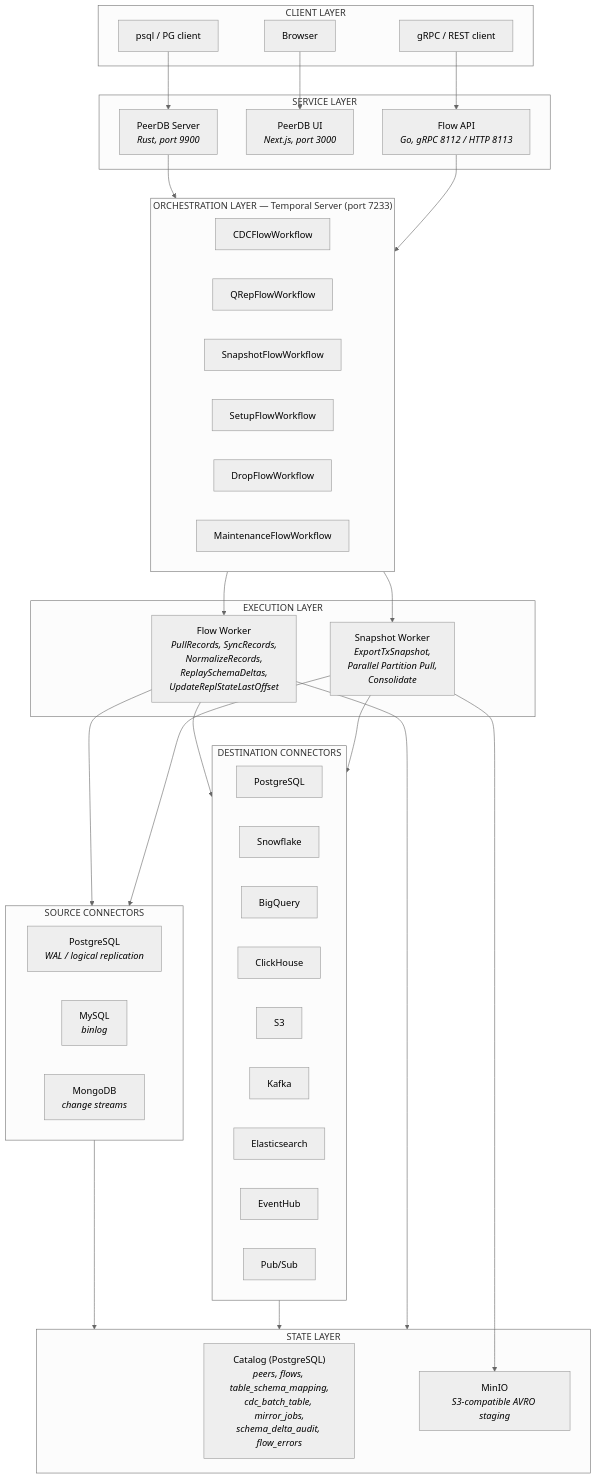
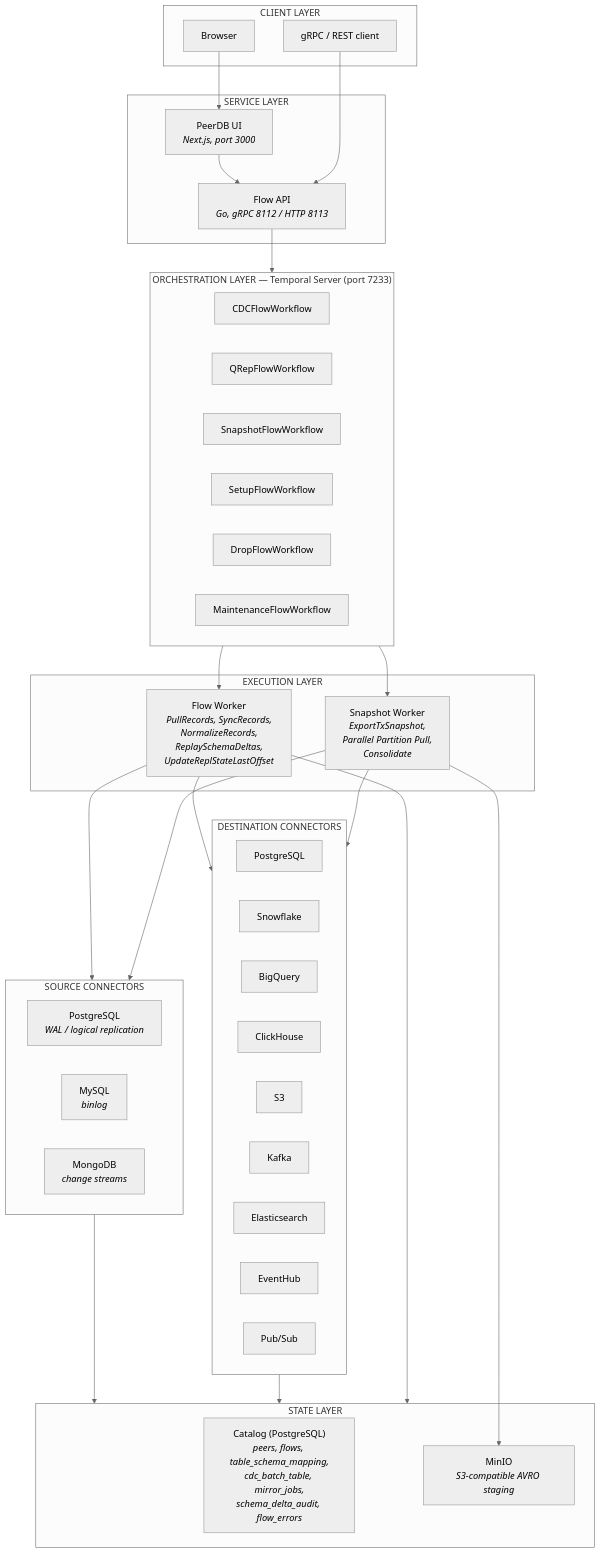
Before and after one commit to PeerDB-io/peerdb: the first of 6 diagrams in docs/peerdb-architecture.md, drawn with Mermaid (neutral theme). The commit also changed other lines of this file and 88 other files, not shown here.

First line of the commit message:
Remove nexus (Rust PeerDB server)

````diff
--- a/docs/peerdb-architecture.md
+++ b/docs/peerdb-architecture.md
@@ -18,67 +18,64 @@
 ```mermaid
 graph TB
     subgraph CLIENT["CLIENT LAYER"]
-        psql["psql / PG client"]
         browser["Browser"]
         grpc_client["gRPC / REST client"]
     end
 
     subgraph SERVICES["SERVICE LAYER"]
-        nexus["PeerDB Server<br/><i>Rust, port 9900</i>"]
         ui["PeerDB UI<br/><i>Next.js, port 3000</i>"]
         api["Flow API<br/><i>Go, gRPC 8112 / HTTP 8113</i>"]
     end
 
     subgraph ORCHESTRATION["ORCHESTRATION LAYER — Temporal Server (port 7233)"]
         cdc_wf["CDCFlowWorkflow"]
         qrep_wf["QRepFlowWorkflow"]
         snapshot_wf["SnapshotFlowWorkflow"]
         setup_wf["SetupFlowWorkflow"]
         drop_wf["DropFlowWorkflow"]
         maint_wf["MaintenanceFlowWorkflow"]
     end
 
     subgraph EXECUTION["EXECUTION LAYER"]
         flow_worker["Flow Worker<br/><i>PullRecords, SyncRecords,<br/>NormalizeRecords,<br/>ReplaySchemaDeltas,<br/>UpdateReplStateLastOffset</i>"]
         snap_worker["Snapshot Worker<br/><i>ExportTxSnapshot,<br/>Parallel Partition Pull,<br/>Consolidate</i>"]
     end
 
     subgraph SOURCES["SOURCE CONNECTORS"]
         pg_src["PostgreSQL<br/><i>WAL / logical replication</i>"]
         mysql_src["MySQL<br/><i>binlog</i>"]
         mongo_src["MongoDB<br/><i>change streams</i>"]
     end
 
     subgraph DESTINATIONS["DESTINATION CONNECTORS"]
         pg_dst["PostgreSQL"]
         sf["Snowflake"]
         bq["BigQuery"]
         ch_dst["ClickHouse"]
         s3["S3"]
         kafka["Kafka"]
         es["Elasticsearch"]
         eh["EventHub"]
         pubsub["Pub/Sub"]
     end
 
     subgraph STATE["STATE LAYER"]
         catalog["Catalog (PostgreSQL)<br/><i>peers, flows, table_schema_mapping,<br/>cdc_batch_table, mirror_jobs,<br/>schema_delta_audit, flow_errors</i>"]
         minio["MinIO<br/><i>S3-compatible AVRO staging</i>"]
     end
 
-    psql --> nexus
     browser --> ui
+    ui --> api
     grpc_client --> api
-    nexus --> ORCHESTRATION
     api --> ORCHESTRATION
     ORCHESTRATION --> flow_worker
     ORCHESTRATION --> snap_worker
     flow_worker --> SOURCES
     flow_worker --> DESTINATIONS
     snap_worker --> SOURCES
     snap_worker --> DESTINATIONS
     SOURCES --> STATE
     DESTINATIONS --> STATE
     flow_worker --> STATE
     snap_worker --> minio
 ```
````
